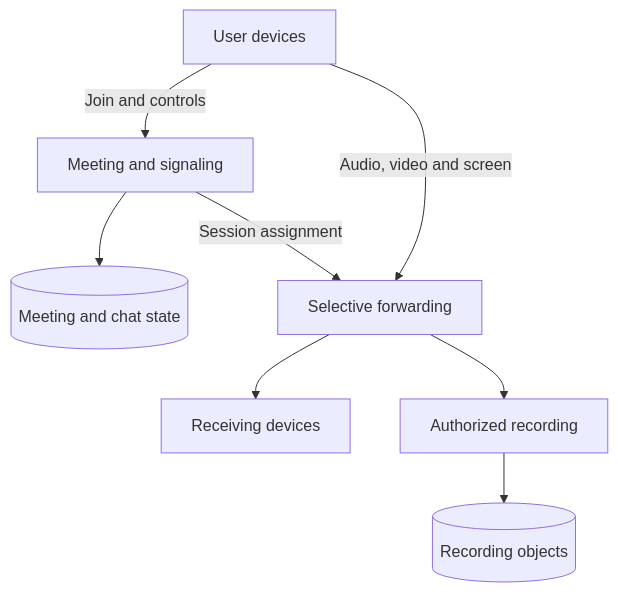
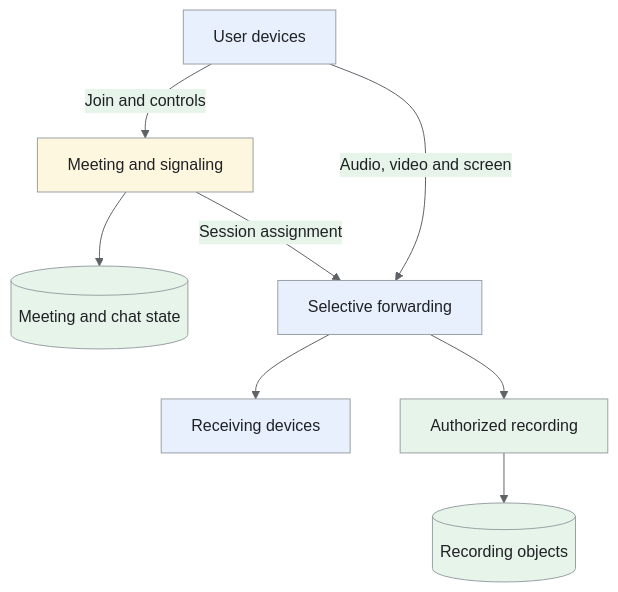
The first of 3 diagrams in _designs/system-design-video-conferencing-zoom.md (iliazlobin/iliazlobin.github.io), drawn with Mermaid before and after one commit. The commit also changed other lines of this file and 25 other files, not shown here.

Commit message:
docs: explain Batch B design flows and tradeoffs

````diff
--- a/_designs/system-design-video-conferencing-zoom.md
+++ b/_designs/system-design-video-conferencing-zoom.md
@@ -136,10 +151,18 @@
 ```mermaid
+%%{init: {'theme':'base','themeVariables':{'primaryColor':'#e8f0fe','primaryTextColor':'#202124','primaryBorderColor':'#9aa0a6','lineColor':'#5f6368','secondaryColor':'#e6f4ea','tertiaryColor':'#fef7e0','actorBkg':'#e8f0fe','actorBorder':'#9aa0a6','actorTextColor':'#202124','noteBkgColor':'#fef7e0','noteTextColor':'#202124','noteBorderColor':'#9aa0a6','signalColor':'#5f6368','signalTextColor':'#202124','labelBoxBkgColor':'#fef7e0','labelBoxBorderColor':'#9aa0a6'}}}%%
 flowchart TB
     U["User devices"] -->|"Join and controls"| M["Meeting and signaling"]
     M --> D[("Meeting and chat state")]
     M -->|"Session assignment"| S["Selective forwarding"]
     U -->|"Audio, video and screen"| S
     S --> R["Receiving devices"]
     S --> W["Authorized recording"]
     W --> O[("Recording objects")]
+classDef request fill:#e8f0fe,stroke:#9aa0a6,color:#202124;
+classDef data fill:#e6f4ea,stroke:#9aa0a6,color:#202124;
+classDef control fill:#fef7e0,stroke:#9aa0a6,color:#202124;
+class U,S,R request;
+class D,W,O data;
+class M control;
+
 ```
````
